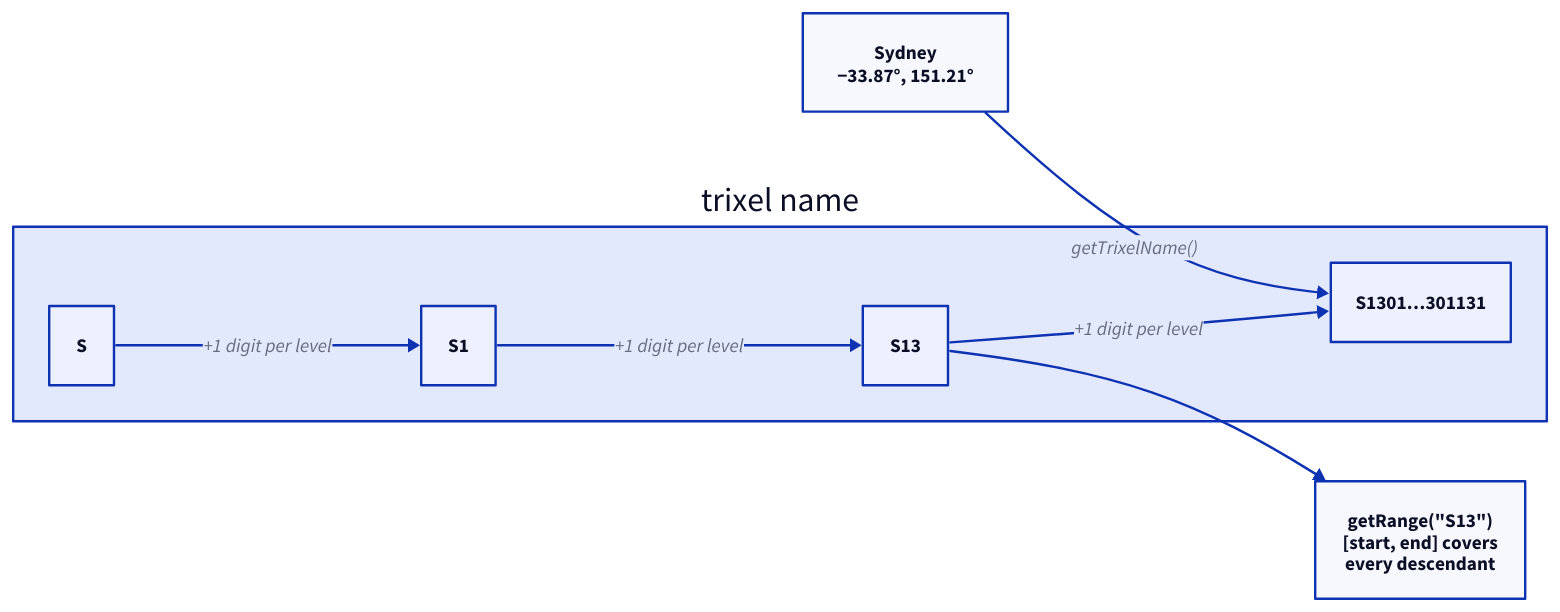
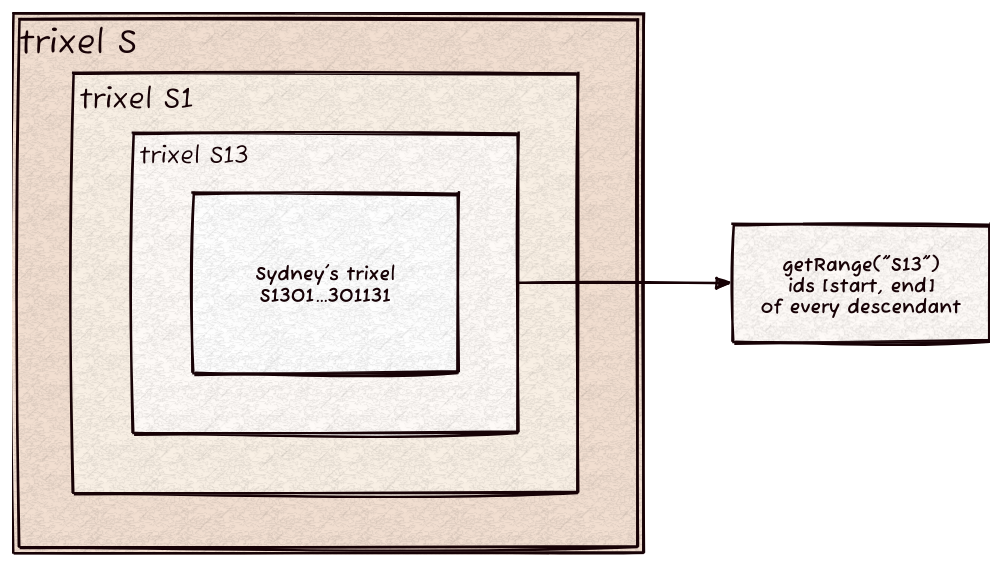
The diagram in docs/htm.d2 (Kronuz/htm), drawn with D2 before and after one commit. The commit also changed 3 other files, not shown here.

First line of the commit message:
Conform the README to the family standard and redraw its diagram [skip ci]

```diff
--- a/docs/htm.d2
+++ b/docs/htm.d2
@@ -1,19 +1,22 @@
-# htm: nested spherical triangles; a name prefix is an area, an id range its subtree.
+# htm: nested spherical triangles; a name prefix is an area, its id range the whole subtree.
 # Render: d2 --layout elk --sketch --theme 302 docs/htm.d2 docs/htm.svg
+vars: { d2-config: { layout-engine: elk; theme-id: 302; sketch: true; pad: 24 } }
 direction: right
 
-point: point {
-  label: "Sydney\n−33.87°, 151.21°"
+s: "trixel S" {
+  label.near: top-left
+  s1: "trixel S1" {
+    label.near: top-left
+    s13: "trixel S13" {
+      label.near: top-left
+      leaf: "Sydney's trixel\nS1301…301131" {
+        width: 220
+        height: 150
+      }
+    }
+  }
 }
-levels: trixel name {
-  s: "S"
-  s1: "S1"
-  s13: "S13"
-  leaf: "S1301…301131"
-  s -> s1 -> s13 -> leaf: "+1 digit per level"
-}
-range: id range {
-  label: "getRange(\"S13\")\n[start, end] covers\nevery descendant"
-}
-point -> levels.leaf: "getTrixelName()"
-levels.s13 -> range
+
+range: "getRange(\"S13\")\nids [start, end]\nof every descendant"
+
+s.s1.s13 -> range
```
